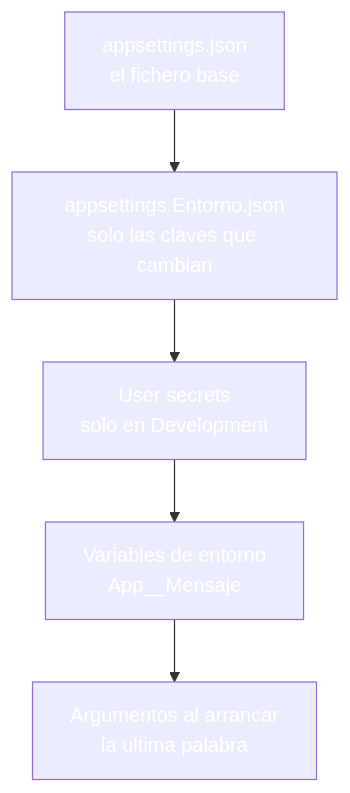
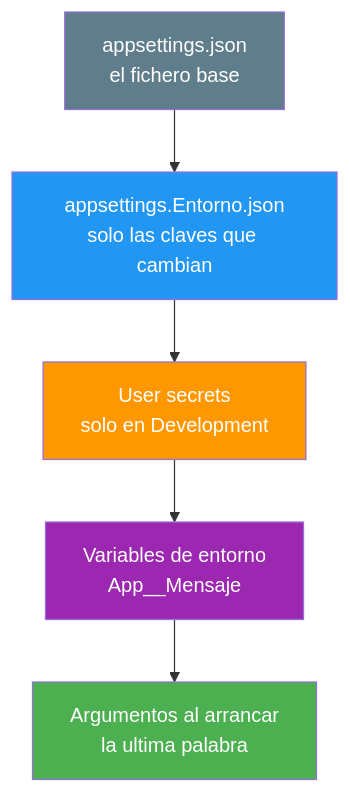
Before and after one commit to joseluisgs/DesarrolloWebEntornosServidor-03-2026-2027: the first of 7 diagrams in 20-configuracion-entornos.md, drawn with Mermaid. The commit also changed other lines of this file and 25 other files, not shown here.

Commit message:
docs: corregir los estilos Mermaid de los temas y alinear el dominio del tema 25 con ProductosApp

````diff
--- a/20-configuracion-entornos.md
+++ b/20-configuracion-entornos.md
@@ -80,12 +80,12 @@
 ```mermaid
 graph TD
     A["appsettings.json<br/>el fichero base"] --> B["appsettings.Entorno.json<br/>solo las claves que cambian"]
     B --> C["User secrets<br/>solo en Development"]
     C --> D["Variables de entorno<br/>App__Mensaje"]
     D --> E["Argumentos al arrancar<br/>la ultima palabra"]
-    style A fill:#607D8,color:#fffB,color:#fff
-    style B fill:#2196F,color:#fff3,color:#fff
-    style C fill:#FF980,color:#fff0,color:#fff
-    style D fill:#9C27B,color:#fff0,color:#fff
-    style E fill:#4CAF5,color:#fff0,color:#fff
+    style A fill:#607D8B,color:#fff
+    style B fill:#2196F3,color:#fff
+    style C fill:#FF9800,color:#fff
+    style D fill:#9C27B0,color:#fff
+    style E fill:#4CAF50,color:#fff
 ```
````
